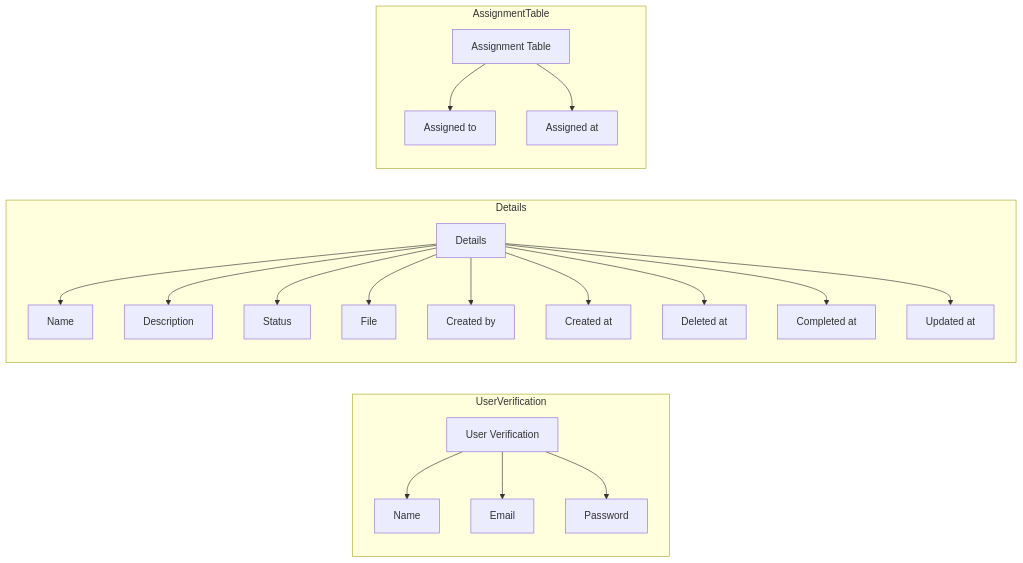
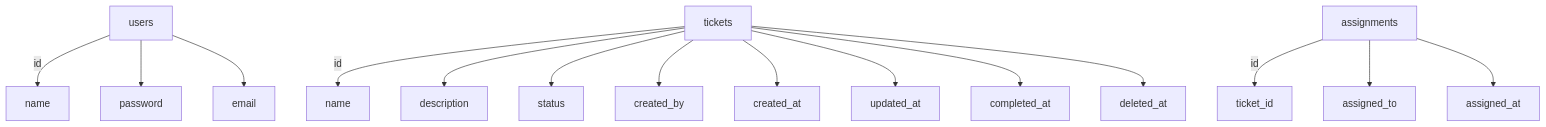
The diagram in database-layout.mermaid (AryanBangwal/CRM---Tickets-Module), drawn with Mermaid before and after one commit.

Commit message:
database layout fixed

```diff
--- a/database-layout.mermaid
+++ b/database-layout.mermaid
@@ -1,23 +1,17 @@
-flowchart LR
-    subgraph UserVerification
-        A["User Verification"] --> B["Name"]
-        A --> C["Email"]
-        A --> D["Password"]
-    end
-
-    subgraph Details
-        E["Details"] --> F["Name"]
-        E --> G["Description"]
-        E --> H["Status"]
-        E --> I["File"]
-        E --> J["Created by"]
-        E --> K["Created at"]
-        E --> L["Deleted at"]
-        E --> M["Completed at"]
-        E --> N["Updated at"]
-    end
-
-    subgraph AssignmentTable
-        O["Assignment Table"] --> P["Assigned to"]
-        O --> Q["Assigned at"]
-    end
+flowchart TD
+    A["users"] -->|id| A1["name"]
+    A --> A2["password"]
+    A --> A3["email"]
+    
+    B["tickets"] -->|id| B1["name"]
+    B --> B2["description"]
+    B --> B3["status"]
+    B --> B4["created_by"]
+    B --> B5["created_at"]
+    B --> B6["updated_at"]
+    B --> B7["completed_at"]
+    B --> B8["deleted_at"]
+    
+    C["assignments"] -->|id| C1["ticket_id"]
+    C --> C2["assigned_to"]
+    C --> C3["assigned_at"]
```
